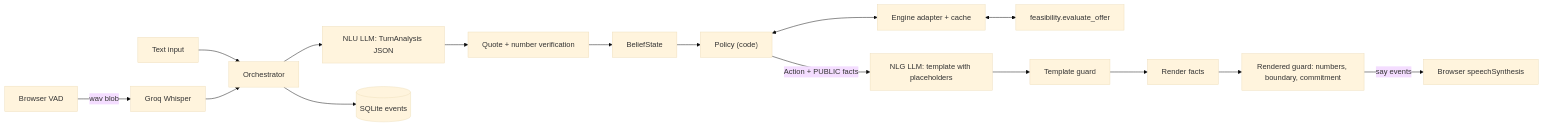
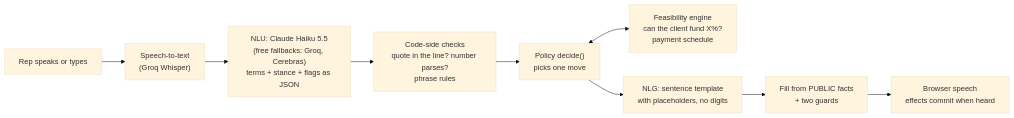
One commit to strike0702/Debt-Settlement-Agent changed the diagram in README.md. Above: the diagram before and after it, drawn with Mermaid (base theme). The commit also changed other lines of this file and 80 other files, not shown here.

````diff
--- a/README.md
+++ b/README.md
@@ -70,18 +19,11 @@
 ```mermaid
 flowchart LR
-  Mic[Browser VAD] -->|wav blob| STT[Groq Whisper]
-  Typed[Text input] --> Orch
-  STT --> Orch[Orchestrator]
-  Orch --> NLU["NLU LLM: TurnAnalysis JSON"]
-  NLU --> Verify["Quote + number verification"]
-  Verify --> Belief[BeliefState]
-  Belief --> Policy["Policy (code)"]
-  Policy <--> Adapter["Engine adapter + cache"]
-  Adapter <--> Engine["feasibility.evaluate_offer"]
-  Policy -->|"Action + PUBLIC facts"| NLG["NLG LLM: template with placeholders"]
-  NLG --> TGuard["Template guard"]
-  TGuard --> Render["Render facts"]
-  Render --> RGuard["Rendered guard: numbers, boundary, commitment"]
-  RGuard -->|say events| TTS[Browser speechSynthesis]
-  Orch --> Audit[(SQLite events)]
+  Rep["Rep speaks or types"] --> STT["Speech-to-text<br/>(Groq Whisper)"]
+  STT --> NLU["NLU: Claude Haiku 5.5<br/>(free fallbacks: Groq, Cerebras)<br/>terms + stance + flags as JSON"]
+  NLU --> Check["Code-side checks<br/>quote in the line? number parses?<br/>phrase rules"]
+  Check --> Policy["Policy decide()<br/>picks one move"]
+  Policy <--> Engine["Feasibility engine<br/>can the client fund X%?<br/>payment schedule"]
+  Policy --> NLG["NLG: sentence template<br/>with placeholders, no digits"]
+  NLG --> Guards["Fill from PUBLIC facts<br/>+ two guards"]
+  Guards --> Speak["Browser speech<br/>effects commit when heard"]
 ```
````
